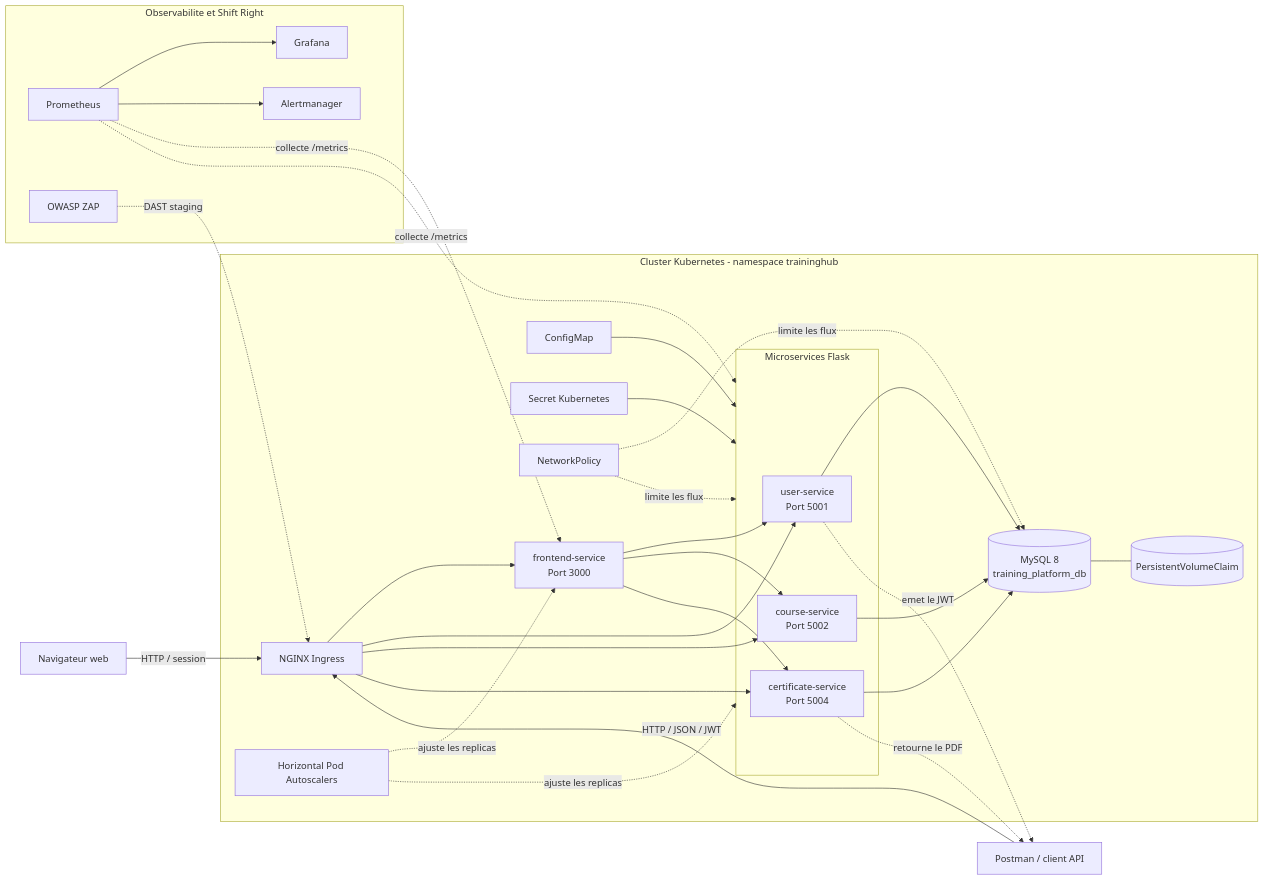
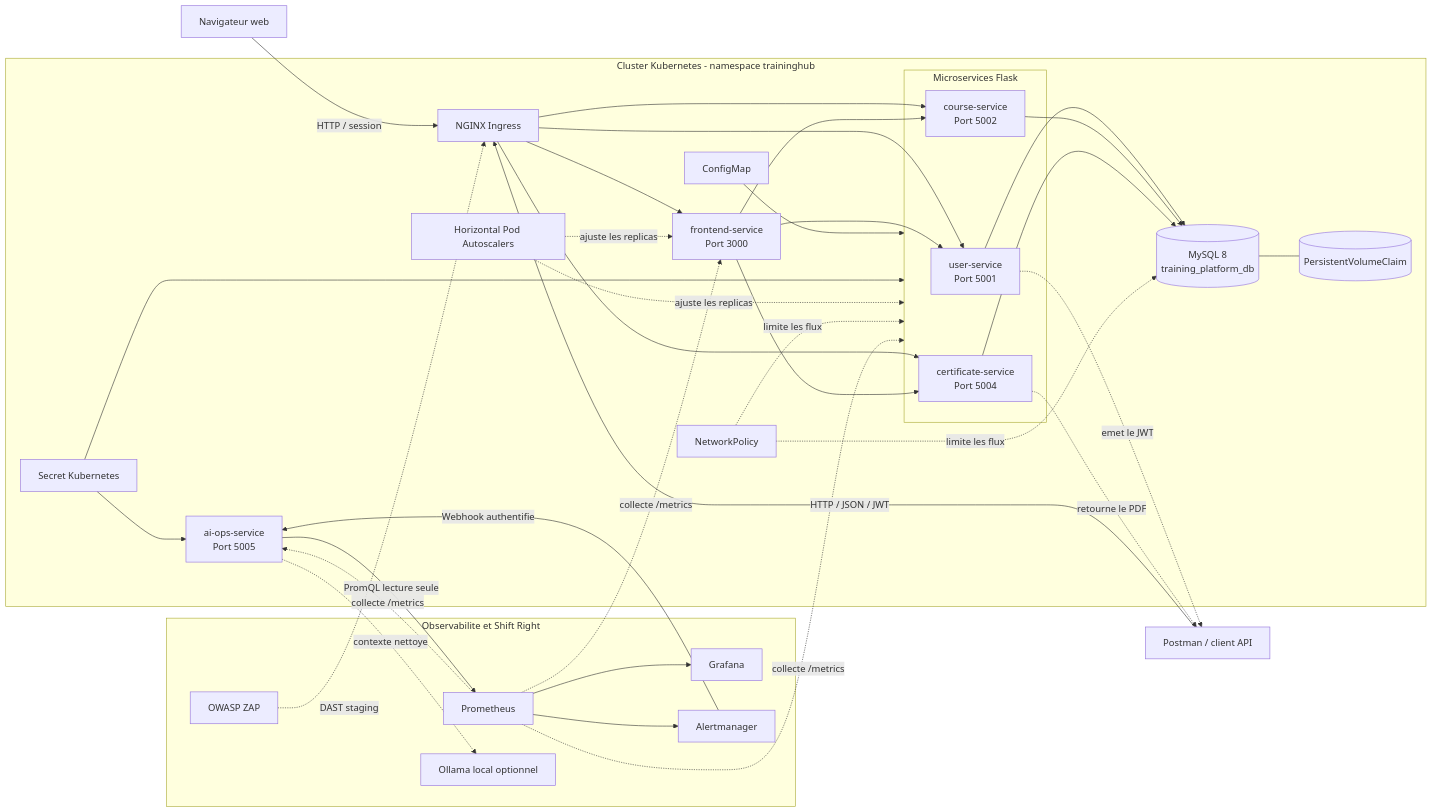
One commit to mohamedkhemaissia/projet_dev_sec_ops changed the diagram in docs/diagrams/architecture.md. Above: the diagram before and after it, drawn with Mermaid. The commit also changed other lines of this file and 35 other files, not shown here.

````diff
--- a/docs/diagrams/architecture.md
+++ b/docs/diagrams/architecture.md
@@ -3,59 +3,66 @@
 ```mermaid
 flowchart LR
     Browser[Navigateur web]
     Client[Postman / client API]
 
     subgraph Kubernetes[Cluster Kubernetes - namespace traininghub]
         Ingress[NGINX Ingress]
         Frontend[frontend-service<br/>Port 3000]
+        AIOps[ai-ops-service<br/>Port 5005]
 
         subgraph APIs[Microservices Flask]
             User[user-service<br/>Port 5001]
             Course[course-service<br/>Port 5002]
             Certificate[certificate-service<br/>Port 5004]
         end
 
         DB[(MySQL 8<br/>training_platform_db)]
         PVC[(PersistentVolumeClaim)]
         Config[ConfigMap]
         Secrets[Secret Kubernetes]
         HPA[Horizontal Pod Autoscalers]
         NetPol[NetworkPolicy]
 
         Ingress --> Frontend
         Ingress --> User
         Ingress --> Course
         Ingress --> Certificate
         Frontend --> User
         Frontend --> Course
         Frontend --> Certificate
         User --> DB
         Course --> DB
         Certificate --> DB
         DB --- PVC
         Config --> APIs
         Secrets --> APIs
+        Secrets --> AIOps
         HPA -. ajuste les replicas .-> APIs
         HPA -. ajuste les replicas .-> Frontend
         NetPol -. limite les flux .-> APIs
         NetPol -. limite les flux .-> DB
     end
 
     subgraph ShiftRight[Observabilite et Shift Right]
         Prometheus[Prometheus]
         Grafana[Grafana]
         Alertmanager[Alertmanager]
+        LLM[Ollama local optionnel]
         ZAP[OWASP ZAP]
 
         Prometheus --> Grafana
         Prometheus --> Alertmanager
+        Alertmanager -->|Webhook authentifie| AIOps
+        AIOps -->|PromQL lecture seule| Prometheus
+        AIOps -. contexte nettoye .-> LLM
     end
 
     Browser -->|HTTP / session| Ingress
     Client -->|HTTP / JSON / JWT| Ingress
     Prometheus -. collecte /metrics .-> Frontend
     Prometheus -. collecte /metrics .-> APIs
+    Prometheus -. collecte /metrics .-> AIOps
     ZAP -. DAST staging .-> Ingress
     User -. emet le JWT .-> Client
     Certificate -. retourne le PDF .-> Client
 ```
````
